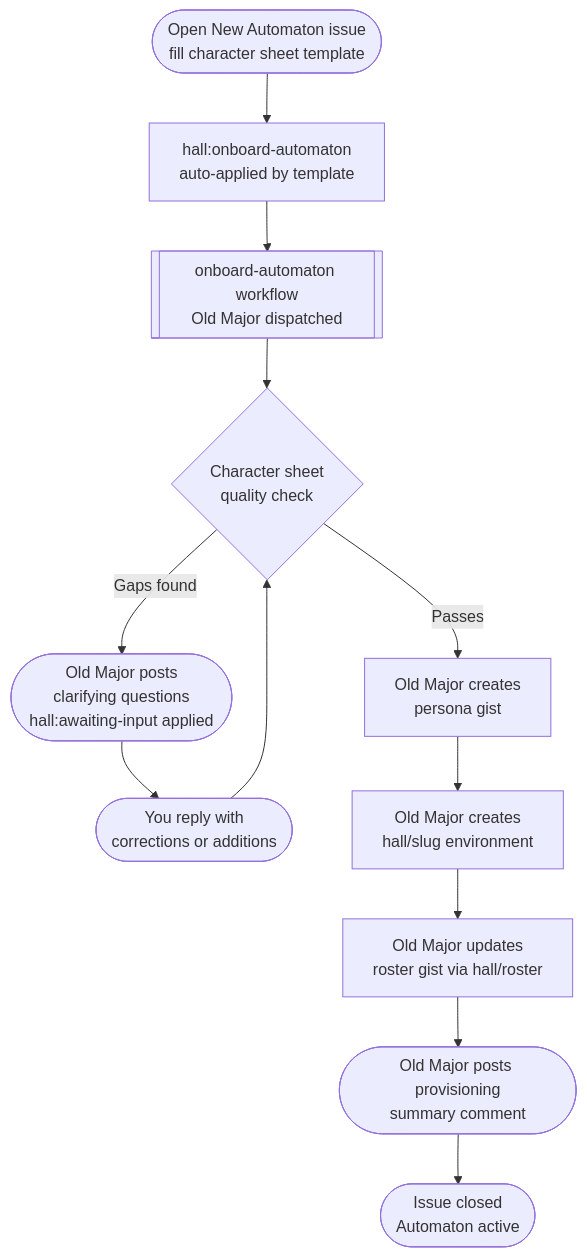
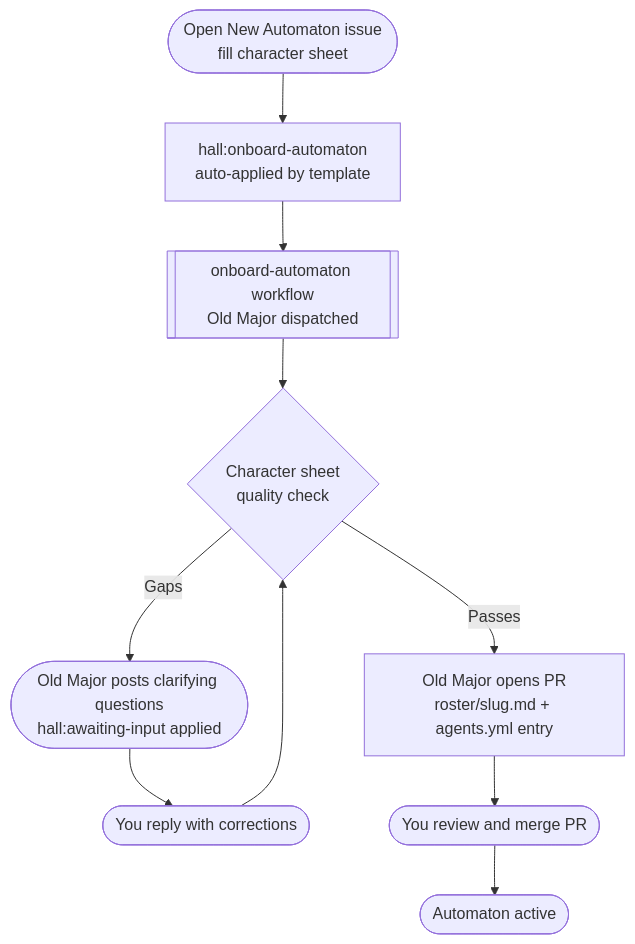
One commit to MockaSort-Studio/hall-of-automata changed the diagram in codex/automaton-onboarding.md. Above: the diagram before and after it, drawn with Mermaid. The commit also changed other lines of this file and 8 other files, not shown here.

````diff
--- a/codex/automaton-onboarding.md
+++ b/codex/automaton-onboarding.md
@@ -27,14 +26,12 @@
 ```mermaid
 flowchart TD
-    A([Open New Automaton issue\nfill character sheet template]) --> B[hall:onboard-automaton\nauto-applied by template]
+    A([Open New Automaton issue\nfill character sheet]) --> B[hall:onboard-automaton\nauto-applied by template]
     B --> C[[onboard-automaton workflow\nOld Major dispatched]]
     C --> D{Character sheet\nquality check}
-    D -- Gaps found --> E([Old Major posts\nclarifying questions\nhall:awaiting-input applied])
-    E --> F([You reply with\ncorrections or additions])
+    D -- Gaps --> E([Old Major posts clarifying questions\nhall:awaiting-input applied])
+    E --> F([You reply with corrections])
     F --> D
-    D -- Passes --> G[Old Major creates\npersona gist]
-    G --> H[Old Major creates\nhall/slug environment]
-    H --> I[Old Major updates\nroster gist via hall/roster]
-    I --> J([Old Major posts provisioning\nsummary comment])
-    J --> K([Issue closed\nAutomaton active])
+    D -- Passes --> G[Old Major opens PR\nroster/slug.md + agents.yml entry]
+    G --> H([You review and merge PR])
+    H --> I([Automaton active])
 ```
````
